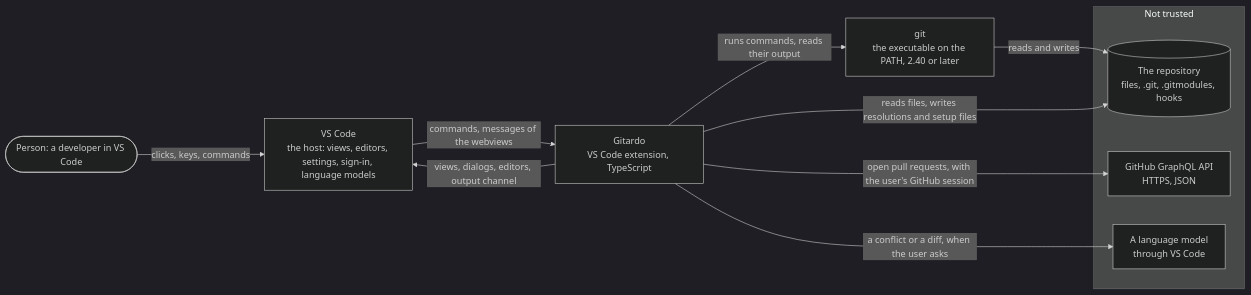
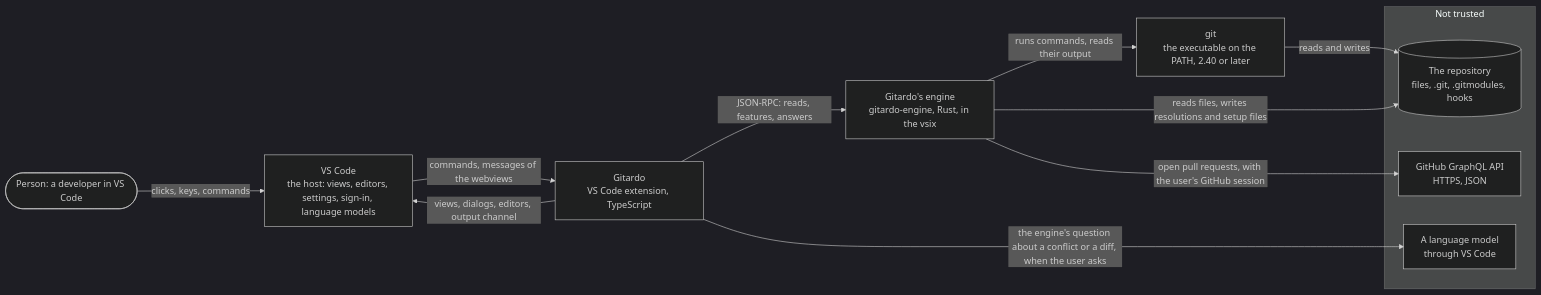
One commit to riccardoflp/gitardo changed the first of 2 diagrams in docs/extension/02-architecture.md. Above: the diagram before and after it, drawn with Mermaid (dark theme). The commit also changed other lines of this file and 33 other files, not shown here.

Commit message:
Describe the extension without its TypeScript Git code: the architecture, the code rules, D49, the cards, the README, the testing page and stage 10 of the roadmap.

````diff
--- a/docs/extension/02-architecture.md
+++ b/docs/extension/02-architecture.md
@@ -20,20 +23,22 @@
 ```mermaid
 flowchart LR
   user([Person: a developer in VS Code])
   gitardo[Gitardo<br/>VS Code extension, TypeScript]
+  engine[Gitardo's engine<br/>gitardo-engine, Rust, in the vsix]
   vscode[VS Code<br/>the host: views, editors, settings, sign-in, language models]
   git[git<br/>the executable on the PATH, 2.40 or later]
   subgraph untrusted [Not trusted]
     repo[(The repository<br/>files, .git, .gitmodules, hooks)]
     github[GitHub GraphQL API<br/>HTTPS, JSON]
     model[A language model<br/>through VS Code]
   end
   user -->|clicks, keys, commands| vscode
   vscode -->|commands, messages of the webviews| gitardo
   gitardo -->|views, dialogs, editors, output channel| vscode
-  gitardo -->|runs commands, reads their output| git
+  gitardo -->|JSON-RPC: reads, features, answers| engine
+  engine -->|runs commands, reads their output| git
   git -->|reads and writes| repo
-  gitardo -->|reads files, writes resolutions and setup files| repo
-  gitardo -->|open pull requests, with the user's GitHub session| github
-  gitardo -->|a conflict or a diff, when the user asks| model
+  engine -->|reads files, writes resolutions and setup files| repo
+  engine -->|open pull requests, with the user's GitHub session| github
+  gitardo -->|the engine's question about a conflict or a diff, when the user asks| model
 ```
````
